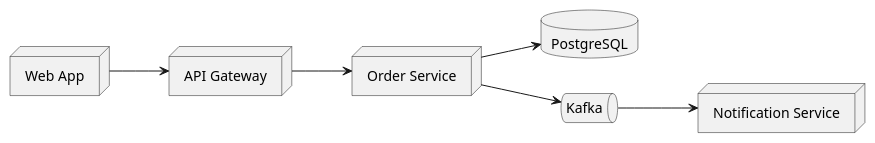
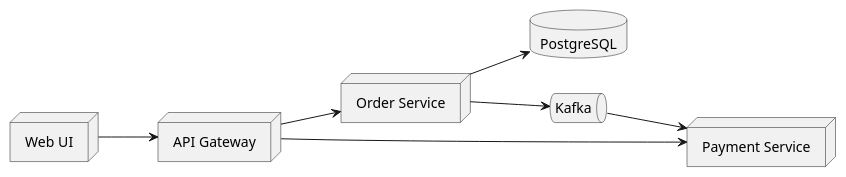
Before and after one commit to iwizy/analyst_kb: the second of 2 diagrams in docs/notations/c4.md, drawn with PlantUML. The commit also changed other lines of this file and 20 other files, not shown here.

````diff
--- a/docs/notations/c4.md
+++ b/docs/notations/c4.md
@@ -42,17 +44,18 @@
 ```kroki-plantuml
 @startuml
 left to right direction
-node "Web App" as Web
-node "API Gateway" as Gateway
+node "Web UI" as UI
+node "API Gateway" as GW
 node "Order Service" as Order
-database "PostgreSQL" as Db
+node "Payment Service" as Pay
+database "PostgreSQL" as DB
 queue "Kafka" as Kafka
-node "Notification Service" as Notify
 
-Web --> Gateway
-Gateway --> Order
-Order --> Db
+UI --> GW
+GW --> Order
+GW --> Pay
+Order --> DB
 Order --> Kafka
-Kafka --> Notify
+Kafka --> Pay
 @enduml
 ```
````
